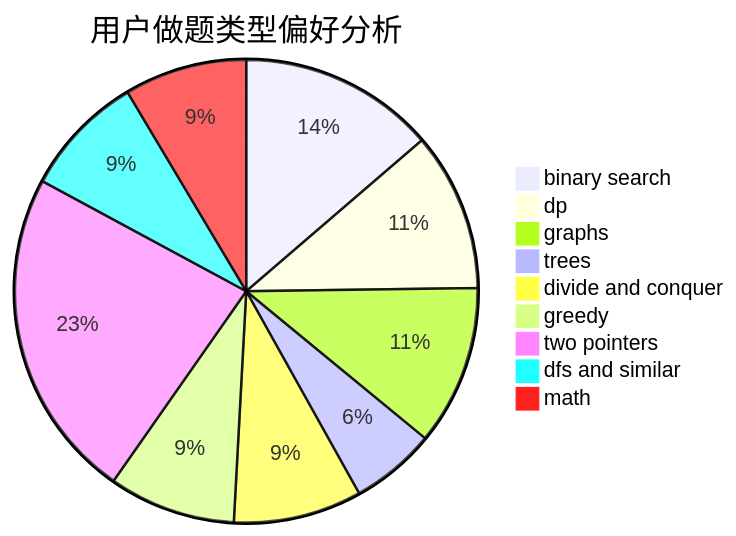
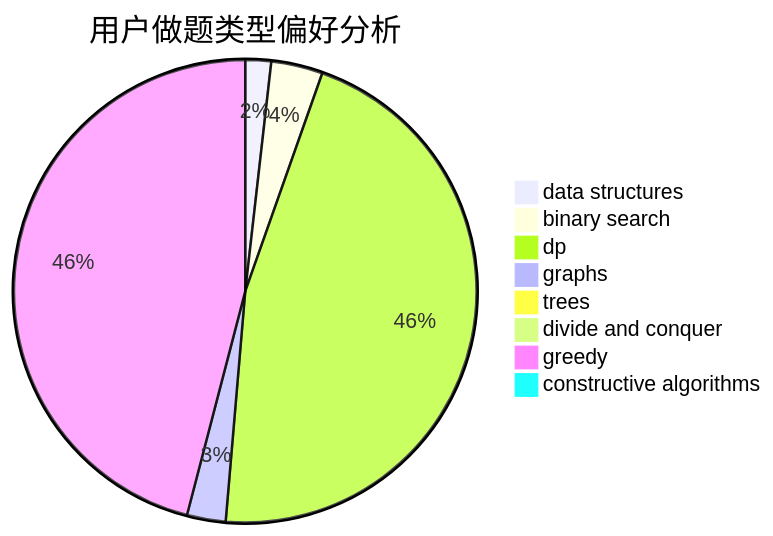
One commit to sherpahu/cfrs.github.io changed the second of 3 diagrams in docs/user/u2114.md. Above: the diagram before and after it, drawn with Mermaid. The commit also changed other lines of this file and 2775 other files, not shown here.

````diff
--- a/docs/user/u2114.md
+++ b/docs/user/u2114.md
@@ -23,12 +23,11 @@
 ```mermaid
 pie title 用户做题类型偏好分析
-    "binary search" :  136
-    "dp" :  110
-    "graphs" :  111
-    "trees" :  59
-    "divide and conquer" :  89
-    "greedy" :  88
-    "two pointers" :  230
-    "dfs and similar" :  85
-    "math" :  85
+    "data structures" :  2
+    "binary search" :  4
+    "dp" :  51
+    "graphs" :  3
+    "trees" :  0
+    "divide and conquer" :  0
+    "greedy" :  51
+    "constructive algorithms" :  1
 ```
````
